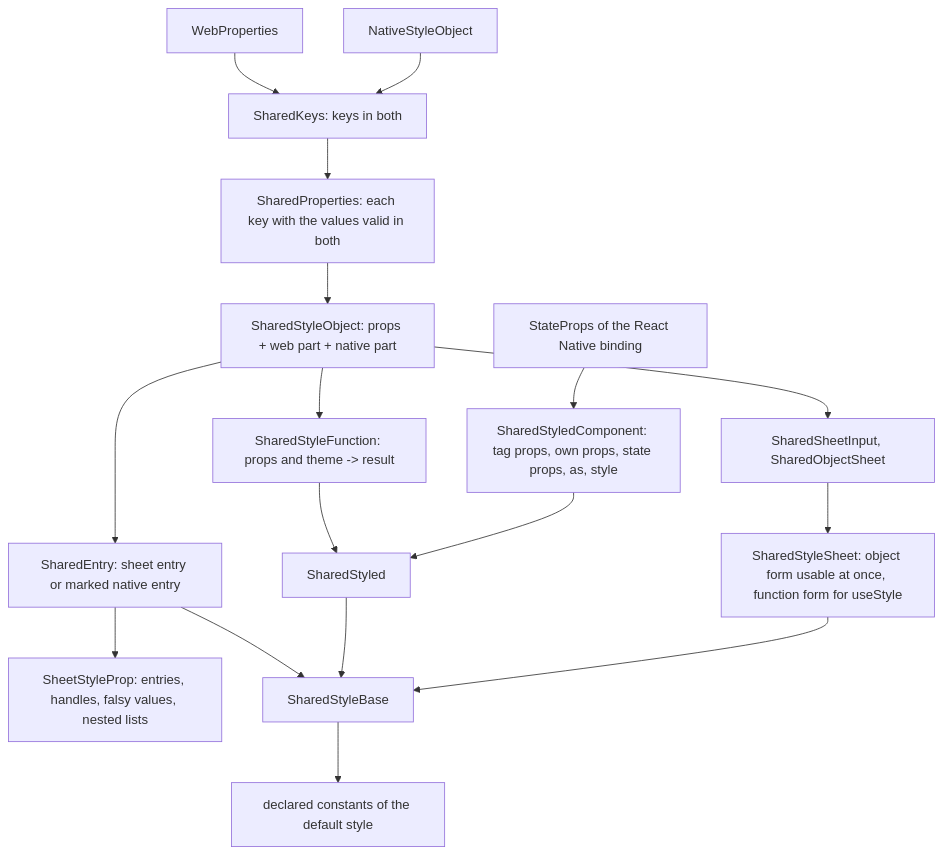
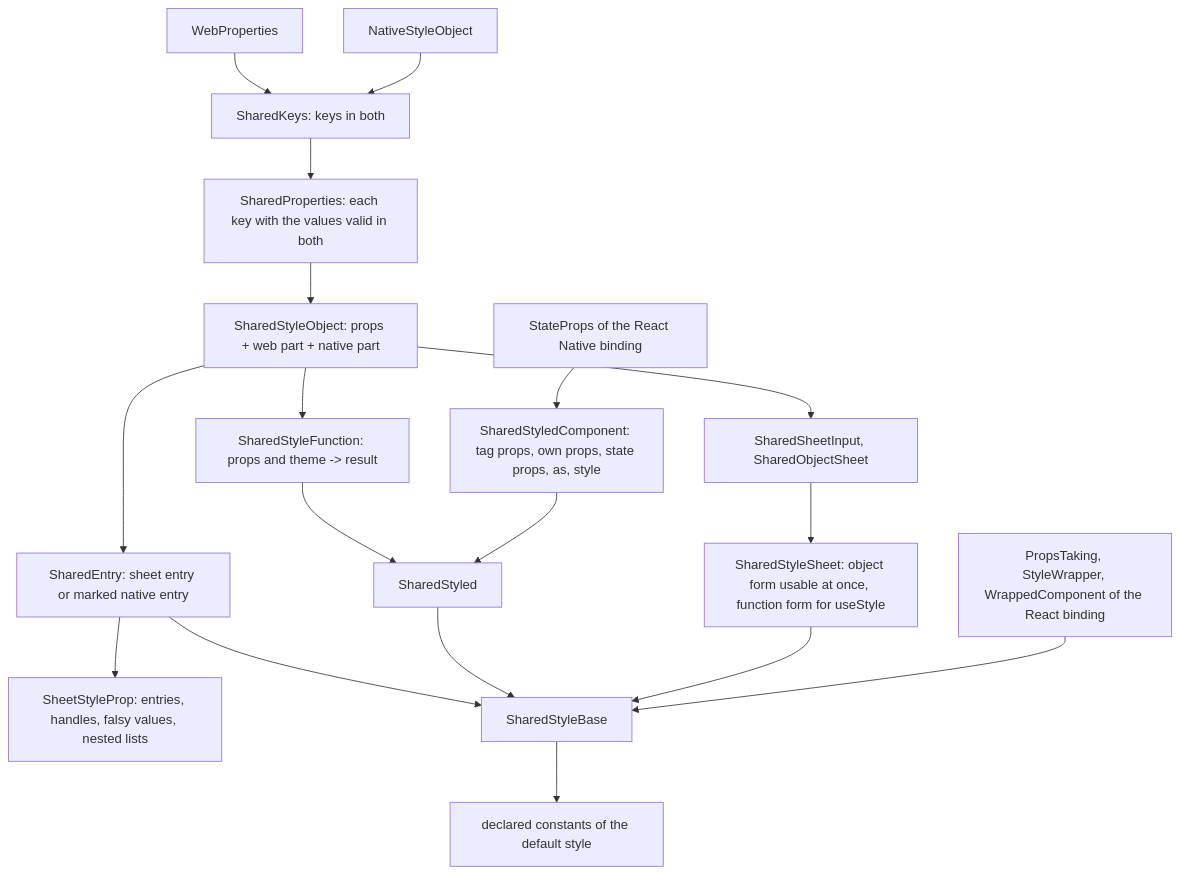
Before and after one commit to soroush-tech/umber-style: the diagram in packages/umber-style/src/sharedCommon.md, drawn with Mermaid. The commit also changed other lines of this file and 47 other files, not shown here.

Commit message:
feat: withTheme and withStyle give a class component the theme and a sheet's resolved entries as props, in the React and React Native bindings and the umbrella - close #93

````diff
--- a/packages/umber-style/src/sharedCommon.md
+++ b/packages/umber-style/src/sharedCommon.md
@@ -20,19 +20,20 @@
 ```mermaid
 flowchart TD
   web["WebProperties"] --> keys["SharedKeys: keys in both"]
   native["NativeStyleObject"] --> keys
   keys --> props["SharedProperties: each key with the values valid in both"]
   props --> obj["SharedStyleObject: props + web part + native part"]
   obj --> fn["SharedStyleFunction: props and theme -> result"]
   obj --> sheet["SharedSheetInput, SharedObjectSheet"]
   obj --> entry["SharedEntry: sheet entry or marked native entry"]
   entry --> sheetProp["SheetStyleProp: entries, handles, falsy values, nested lists"]
   fn --> styled["SharedStyled"]
   sheet --> ss["SharedStyleSheet: object form usable at once, function form for useStyle"]
   entry --> base["SharedStyleBase<T>"]
   styled --> base
   ss --> base
   base --> decl["declared constants of the default style"]
+  wrappers["PropsTaking, StyleWrapper, WrappedComponent of the React binding"] --> base
   stateProps["StateProps of the React Native binding"] --> comp["SharedStyledComponent: tag props, own props, state props, as, style"]
   comp --> styled
 ```
````
